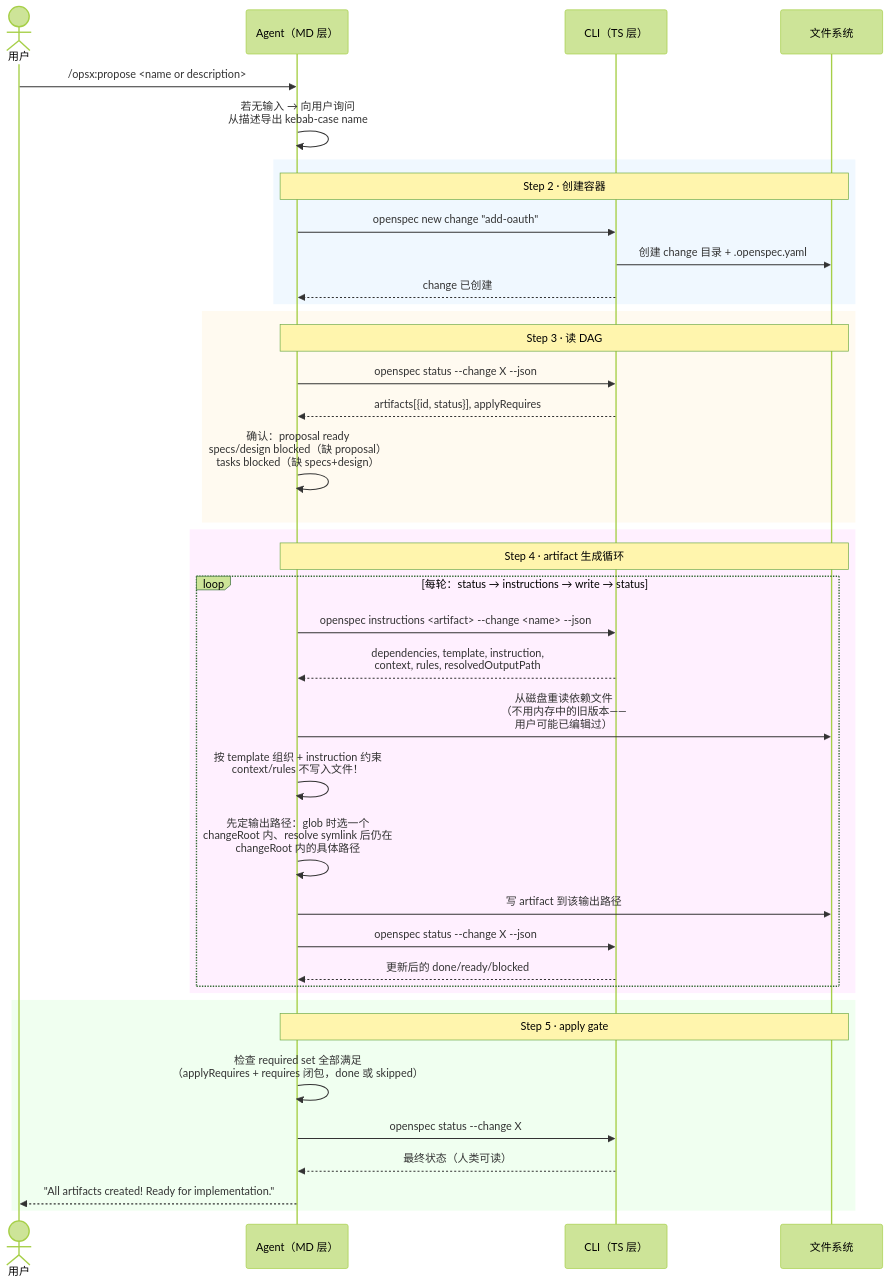
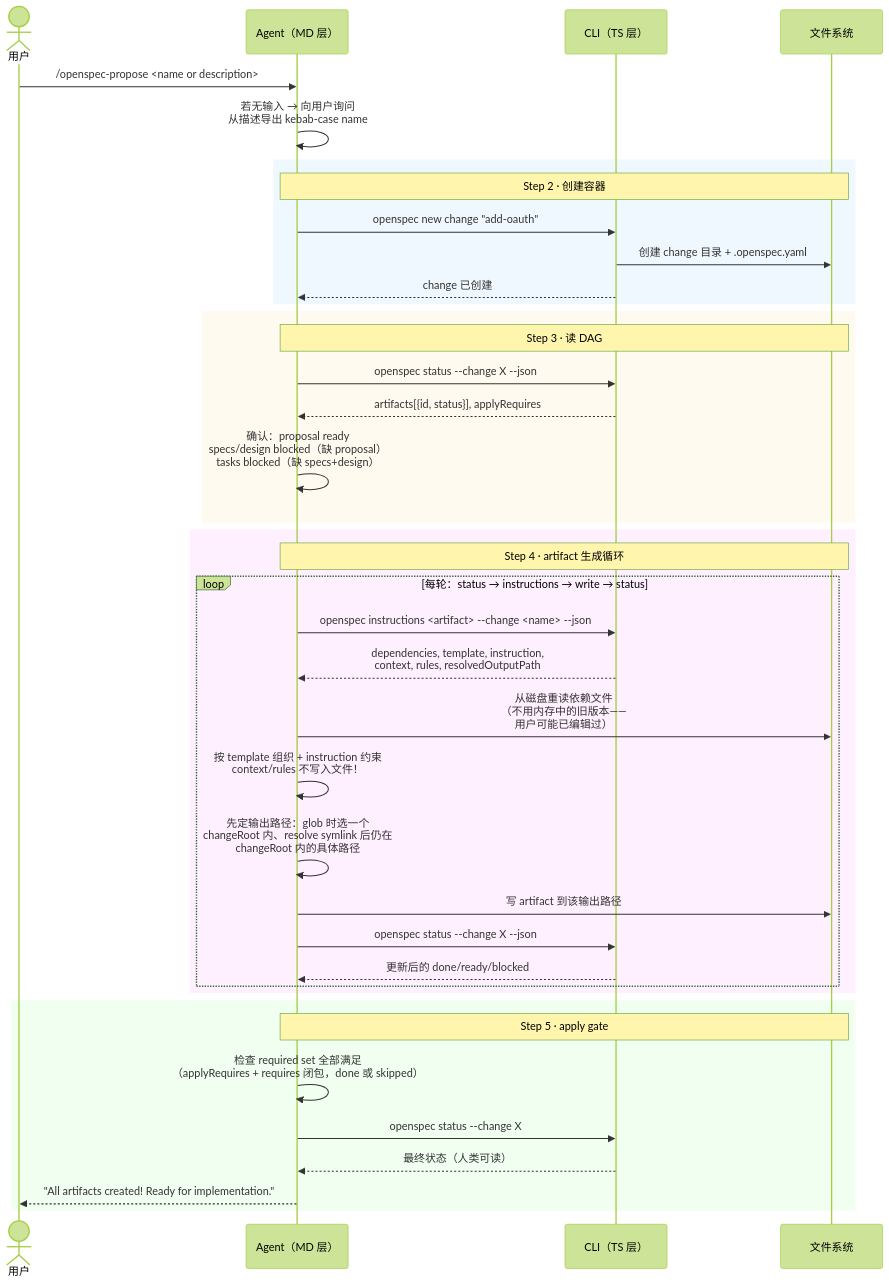
One commit to ethan-jiang-3/OpenSpec changed the diagram in _digested/workflows/02-propose.md. Above: the diagram before and after it, drawn with Mermaid (forest theme). The commit also changed other lines of this file and 63 other files, not shown here.

````diff
--- a/_digested/workflows/02-propose.md
+++ b/_digested/workflows/02-propose.md
@@ -40,46 +40,46 @@
 ```mermaid
 sequenceDiagram
     actor User as 用户
     participant MD as Agent（MD 层）
     participant TS as CLI（TS 层）
     participant FS as 文件系统
 
-    User->>MD: /opsx:propose <name or description>
+    User->>MD: /openspec-propose <name or description>
     MD->>MD: 若无输入 → 向用户询问<br/>从描述导出 kebab-case name
 
     rect rgb(240, 248, 255)
         Note over MD,FS: Step 2 · 创建容器
         MD->>TS: openspec new change "add-oauth"
         TS->>FS: 创建 change 目录 + .openspec.yaml
         TS-->>MD: change 已创建
     end
 
     rect rgb(255, 250, 240)
         Note over MD,FS: Step 3 · 读 DAG
         MD->>TS: openspec status --change X --json
         TS-->>MD: artifacts[{id, status}], applyRequires
         MD->>MD: 确认：proposal ready<br/>specs/design blocked（缺 proposal）<br/>tasks blocked（缺 specs+design）
     end
 
     rect rgb(255, 240, 255)
         Note over MD,FS: Step 4 · artifact 生成循环
         loop 每轮：status → instructions → write → status
             MD->>TS: openspec instructions <artifact> --change <name> --json
             TS-->>MD: dependencies, template, instruction,<br/>context, rules, resolvedOutputPath
             MD->>FS: 从磁盘重读依赖文件<br/>（不用内存中的旧版本——<br/>用户可能已编辑过）
             MD->>MD: 按 template 组织 + instruction 约束<br/>context/rules 不写入文件！
             MD->>MD: 先定输出路径：glob 时选一个<br/>changeRoot 内、resolve symlink 后仍在<br/>changeRoot 内的具体路径
             MD->>FS: 写 artifact 到该输出路径
             MD->>TS: openspec status --change X --json
             TS-->>MD: 更新后的 done/ready/blocked
         end
     end
 
     rect rgb(240, 255, 240)
         Note over MD,FS: Step 5 · apply gate
         MD->>MD: 检查 required set 全部满足<br/>（applyRequires + requires 闭包，done 或 skipped）
         MD->>TS: openspec status --change X
         TS-->>MD: 最终状态（人类可读）
         MD-->>User: "All artifacts created! Ready for implementation."
     end
 ```
````
